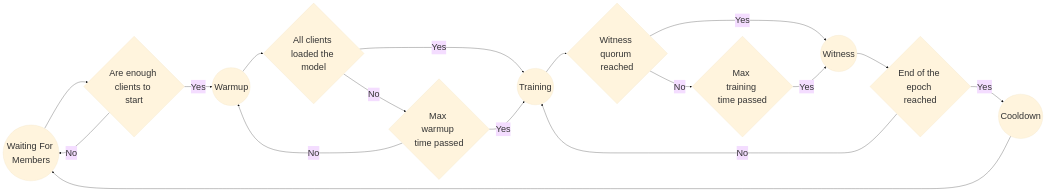
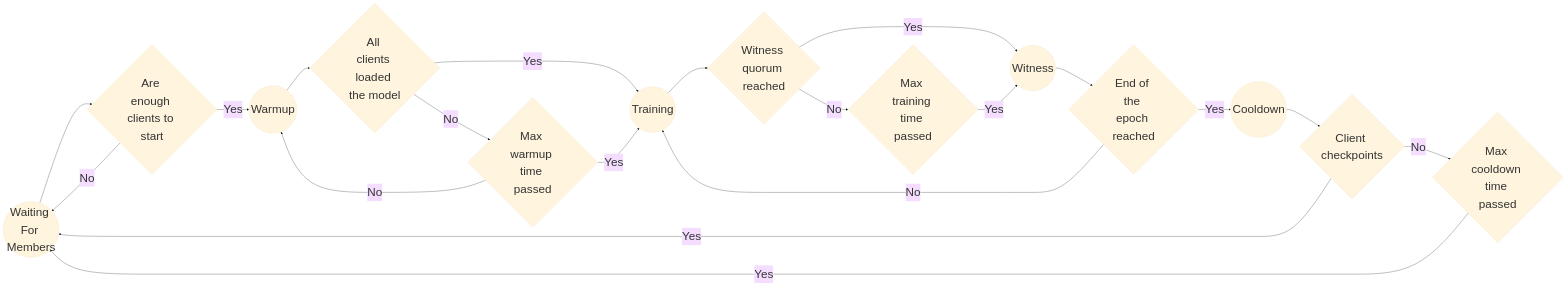
The third of 7 diagrams in psyche-book/src/explain/general-workflow.md (PsycheFoundation/psyche), drawn with Mermaid before and after one commit. The commit also changed other lines of this file and 7 other files, not shown here.

````diff
--- a/psyche-book/src/explain/general-workflow.md
+++ b/psyche-book/src/explain/general-workflow.md
@@ -108,32 +117,37 @@
 ```mermaid
-%%{init: {'theme':'base', 'themeVariables': { 'fontSize':'35px'}}}%%
+%%{init: {'theme':'base', 'themeVariables': { 'fontSize':'45px'}}}%%
 flowchart LR
     WFM((Waiting For Members))
     W((Warmup))
     T((Training))
     WI((Witness))
     CD((Cooldown))
     a{Are enough clients to start}
     b{All clients loaded the model}
     c{Max warmup time passed}
     d{Witness quorum reached}
     e{Max training time passed}
     f{End of the epoch reached}
+    g{Client checkpoints}
+    h{Max cooldown time passed}
 
     WFM --> a
     a -->|Yes| W
     a -->|No| WFM
     b -->|Yes| T
     b -->|No| c
     W --> b
     c -->|Yes| T
     c -->|No| W
     T --> d
     d -->|Yes| WI
     d -->|No| e
     e -->|Yes| WI
     WI --> f
     f -->|Yes| CD
     f -->|No| T
-    CD --> WFM
+    CD -->g
+    g -->|Yes| WFM
+    g -->|No|h
+    h -->|Yes| WFM
 ```
````
